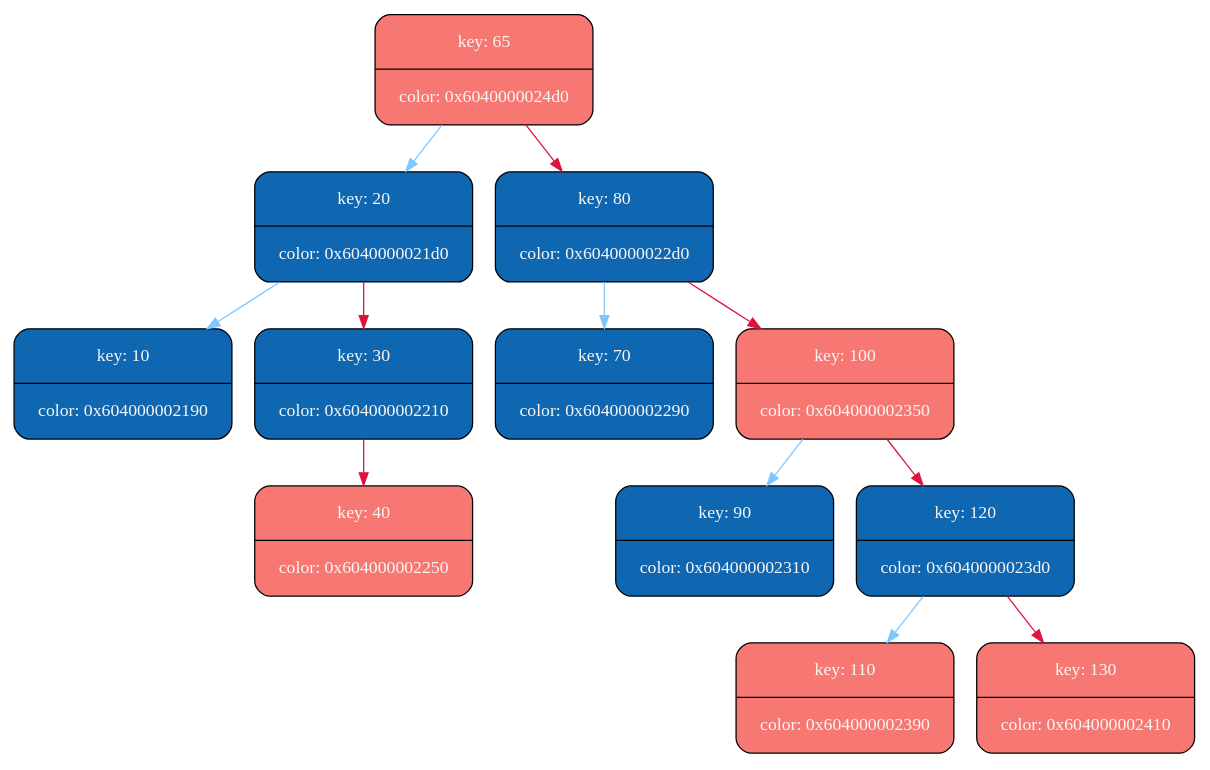
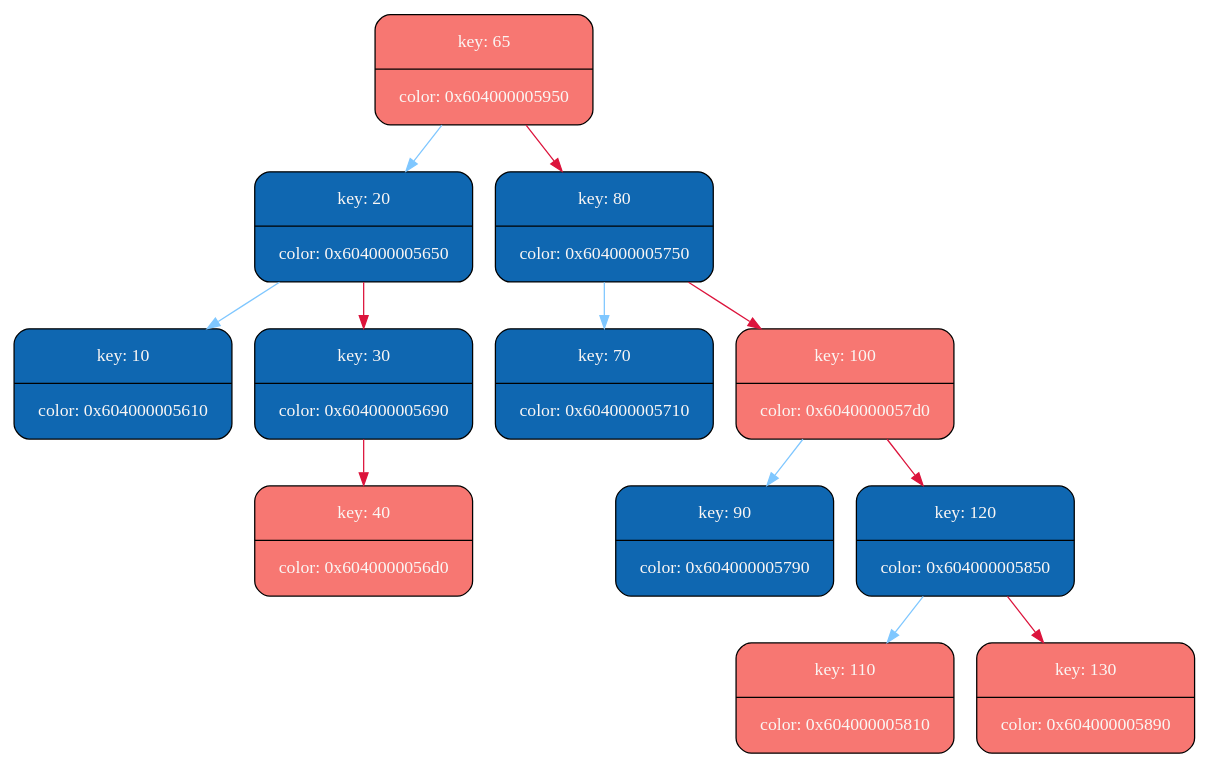
The diagram in rb_tree/graph_lib/tree_dump.dot (MaxGroshev/graph_algorithm), drawn with Graphviz before and after one commit. The commit also changed 34 other files, not shown here.

```diff
--- a/rb_tree/graph_lib/tree_dump.dot
+++ b/rb_tree/graph_lib/tree_dump.dot
@@ -1,29 +1,29 @@
 digraph   
 {
 rankdir = ""
 splines = "true"
 
-node0x6040000024d0 [shape      = "Mrecord", width = 1.1, height = 1.21,  fillcolor   = "#F77772", style = "filled", fontcolor= " #FAF6F4", fontname = "Calibri", color = "1", label = "{key: 65| color: 0x6040000024d0}"]
-node0x6040000024d0 -> node0x6040000021d0 [color = "#7FC7FF", style = "", constraint = true, fillcolor = "#7FC7FF",   fontcolor = "", fontname = "Calibri", label = ""];
-node0x6040000021d0 [shape      = "Mrecord", width = 1.1, height = 1.21,  fillcolor   = "#0F67B1", style = "filled", fontcolor= " #FAF6F4", fontname = "Calibri", color = "0", label = "{key: 20| color: 0x6040000021d0}"]
-node0x6040000021d0 -> node0x604000002190 [color = "#7FC7FF", style = "", constraint = true, fillcolor = "#7FC7FF",   fontcolor = "", fontname = "Calibri", label = ""];
-node0x604000002190 [shape      = "Mrecord", width = 1.1, height = 1.21,  fillcolor   = "#0F67B1", style = "filled", fontcolor= " #FAF6F4", fontname = "Calibri", color = "0", label = "{key: 10| color: 0x604000002190}"]
-node0x6040000021d0 -> node0x604000002210 [color = "#DC143C", style = "", constraint = true, fillcolor = "#DC143C",   fontcolor = "", fontname = "Calibri", label = ""];
-node0x604000002210 [shape      = "Mrecord", width = 1.1, height = 1.21,  fillcolor   = "#0F67B1", style = "filled", fontcolor= " #FAF6F4", fontname = "Calibri", color = "0", label = "{key: 30| color: 0x604000002210}"]
-node0x604000002210 -> node0x604000002250 [color = "#DC143C", style = "", constraint = true, fillcolor = "#DC143C",   fontcolor = "", fontname = "Calibri", label = ""];
-node0x604000002250 [shape      = "Mrecord", width = 1.1, height = 1.21,  fillcolor   = "#F77772", style = "filled", fontcolor= " #FAF6F4", fontname = "Calibri", color = "1", label = "{key: 40| color: 0x604000002250}"]
-node0x6040000024d0 -> node0x6040000022d0 [color = "#DC143C", style = "", constraint = true, fillcolor = "#DC143C",   fontcolor = "", fontname = "Calibri", label = ""];
-node0x6040000022d0 [shape      = "Mrecord", width = 1.1, height = 1.21,  fillcolor   = "#0F67B1", style = "filled", fontcolor= " #FAF6F4", fontname = "Calibri", color = "0", label = "{key: 80| color: 0x6040000022d0}"]
-node0x6040000022d0 -> node0x604000002290 [color = "#7FC7FF", style = "", constraint = true, fillcolor = "#7FC7FF",   fontcolor = "", fontname = "Calibri", label = ""];
-node0x604000002290 [shape      = "Mrecord", width = 1.1, height = 1.21,  fillcolor   = "#0F67B1", style = "filled", fontcolor= " #FAF6F4", fontname = "Calibri", color = "0", label = "{key: 70| color: 0x604000002290}"]
-node0x6040000022d0 -> node0x604000002350 [color = "#DC143C", style = "", constraint = true, fillcolor = "#DC143C",   fontcolor = "", fontname = "Calibri", label = ""];
-node0x604000002350 [shape      = "Mrecord", width = 1.1, height = 1.21,  fillcolor   = "#F77772", style = "filled", fontcolor= " #FAF6F4", fontname = "Calibri", color = "1", label = "{key: 100| color: 0x604000002350}"]
-node0x604000002350 -> node0x604000002310 [color = "#7FC7FF", style = "", constraint = true, fillcolor = "#7FC7FF",   fontcolor = "", fontname = "Calibri", label = ""];
-node0x604000002310 [shape      = "Mrecord", width = 1.1, height = 1.21,  fillcolor   = "#0F67B1", style = "filled", fontcolor= " #FAF6F4", fontname = "Calibri", color = "0", label = "{key: 90| color: 0x604000002310}"]
-node0x604000002350 -> node0x6040000023d0 [color = "#DC143C", style = "", constraint = true, fillcolor = "#DC143C",   fontcolor = "", fontname = "Calibri", label = ""];
-node0x6040000023d0 [shape      = "Mrecord", width = 1.1, height = 1.21,  fillcolor   = "#0F67B1", style = "filled", fontcolor= " #FAF6F4", fontname = "Calibri", color = "0", label = "{key: 120| color: 0x6040000023d0}"]
-node0x6040000023d0 -> node0x604000002390 [color = "#7FC7FF", style = "", constraint = true, fillcolor = "#7FC7FF",   fontcolor = "", fontname = "Calibri", label = ""];
-node0x604000002390 [shape      = "Mrecord", width = 1.1, height = 1.21,  fillcolor   = "#F77772", style = "filled", fontcolor= " #FAF6F4", fontname = "Calibri", color = "1", label = "{key: 110| color: 0x604000002390}"]
-node0x6040000023d0 -> node0x604000002410 [color = "#DC143C", style = "", constraint = true, fillcolor = "#DC143C",   fontcolor = "", fontname = "Calibri", label = ""];
-node0x604000002410 [shape      = "Mrecord", width = 1.1, height = 1.21,  fillcolor   = "#F77772", style = "filled", fontcolor= " #FAF6F4", fontname = "Calibri", color = "1", label = "{key: 130| color: 0x604000002410}"]
+node0x604000005950 [shape      = "Mrecord", width = 1.1, height = 1.21,  fillcolor   = "#F77772", style = "filled", fontcolor= " #FAF6F4", fontname = "Calibri", color = "1", label = "{key: 65| color: 0x604000005950}"]
+node0x604000005950 -> node0x604000005650 [color = "#7FC7FF", style = "", constraint = true, fillcolor = "#7FC7FF",   fontcolor = "", fontname = "Calibri", label = ""];
+node0x604000005650 [shape      = "Mrecord", width = 1.1, height = 1.21,  fillcolor   = "#0F67B1", style = "filled", fontcolor= " #FAF6F4", fontname = "Calibri", color = "0", label = "{key: 20| color: 0x604000005650}"]
+node0x604000005650 -> node0x604000005610 [color = "#7FC7FF", style = "", constraint = true, fillcolor = "#7FC7FF",   fontcolor = "", fontname = "Calibri", label = ""];
+node0x604000005610 [shape      = "Mrecord", width = 1.1, height = 1.21,  fillcolor   = "#0F67B1", style = "filled", fontcolor= " #FAF6F4", fontname = "Calibri", color = "0", label = "{key: 10| color: 0x604000005610}"]
+node0x604000005650 -> node0x604000005690 [color = "#DC143C", style = "", constraint = true, fillcolor = "#DC143C",   fontcolor = "", fontname = "Calibri", label = ""];
+node0x604000005690 [shape      = "Mrecord", width = 1.1, height = 1.21,  fillcolor   = "#0F67B1", style = "filled", fontcolor= " #FAF6F4", fontname = "Calibri", color = "0", label = "{key: 30| color: 0x604000005690}"]
+node0x604000005690 -> node0x6040000056d0 [color = "#DC143C", style = "", constraint = true, fillcolor = "#DC143C",   fontcolor = "", fontname = "Calibri", label = ""];
+node0x6040000056d0 [shape      = "Mrecord", width = 1.1, height = 1.21,  fillcolor   = "#F77772", style = "filled", fontcolor= " #FAF6F4", fontname = "Calibri", color = "1", label = "{key: 40| color: 0x6040000056d0}"]
+node0x604000005950 -> node0x604000005750 [color = "#DC143C", style = "", constraint = true, fillcolor = "#DC143C",   fontcolor = "", fontname = "Calibri", label = ""];
+node0x604000005750 [shape      = "Mrecord", width = 1.1, height = 1.21,  fillcolor   = "#0F67B1", style = "filled", fontcolor= " #FAF6F4", fontname = "Calibri", color = "0", label = "{key: 80| color: 0x604000005750}"]
+node0x604000005750 -> node0x604000005710 [color = "#7FC7FF", style = "", constraint = true, fillcolor = "#7FC7FF",   fontcolor = "", fontname = "Calibri", label = ""];
+node0x604000005710 [shape      = "Mrecord", width = 1.1, height = 1.21,  fillcolor   = "#0F67B1", style = "filled", fontcolor= " #FAF6F4", fontname = "Calibri", color = "0", label = "{key: 70| color: 0x604000005710}"]
+node0x604000005750 -> node0x6040000057d0 [color = "#DC143C", style = "", constraint = true, fillcolor = "#DC143C",   fontcolor = "", fontname = "Calibri", label = ""];
+node0x6040000057d0 [shape      = "Mrecord", width = 1.1, height = 1.21,  fillcolor   = "#F77772", style = "filled", fontcolor= " #FAF6F4", fontname = "Calibri", color = "1", label = "{key: 100| color: 0x6040000057d0}"]
+node0x6040000057d0 -> node0x604000005790 [color = "#7FC7FF", style = "", constraint = true, fillcolor = "#7FC7FF",   fontcolor = "", fontname = "Calibri", label = ""];
+node0x604000005790 [shape      = "Mrecord", width = 1.1, height = 1.21,  fillcolor   = "#0F67B1", style = "filled", fontcolor= " #FAF6F4", fontname = "Calibri", color = "0", label = "{key: 90| color: 0x604000005790}"]
+node0x6040000057d0 -> node0x604000005850 [color = "#DC143C", style = "", constraint = true, fillcolor = "#DC143C",   fontcolor = "", fontname = "Calibri", label = ""];
+node0x604000005850 [shape      = "Mrecord", width = 1.1, height = 1.21,  fillcolor   = "#0F67B1", style = "filled", fontcolor= " #FAF6F4", fontname = "Calibri", color = "0", label = "{key: 120| color: 0x604000005850}"]
+node0x604000005850 -> node0x604000005810 [color = "#7FC7FF", style = "", constraint = true, fillcolor = "#7FC7FF",   fontcolor = "", fontname = "Calibri", label = ""];
+node0x604000005810 [shape      = "Mrecord", width = 1.1, height = 1.21,  fillcolor   = "#F77772", style = "filled", fontcolor= " #FAF6F4", fontname = "Calibri", color = "1", label = "{key: 110| color: 0x604000005810}"]
+node0x604000005850 -> node0x604000005890 [color = "#DC143C", style = "", constraint = true, fillcolor = "#DC143C",   fontcolor = "", fontname = "Calibri", label = ""];
+node0x604000005890 [shape      = "Mrecord", width = 1.1, height = 1.21,  fillcolor   = "#F77772", style = "filled", fontcolor= " #FAF6F4", fontname = "Calibri", color = "1", label = "{key: 130| color: 0x604000005890}"]
 }
```
